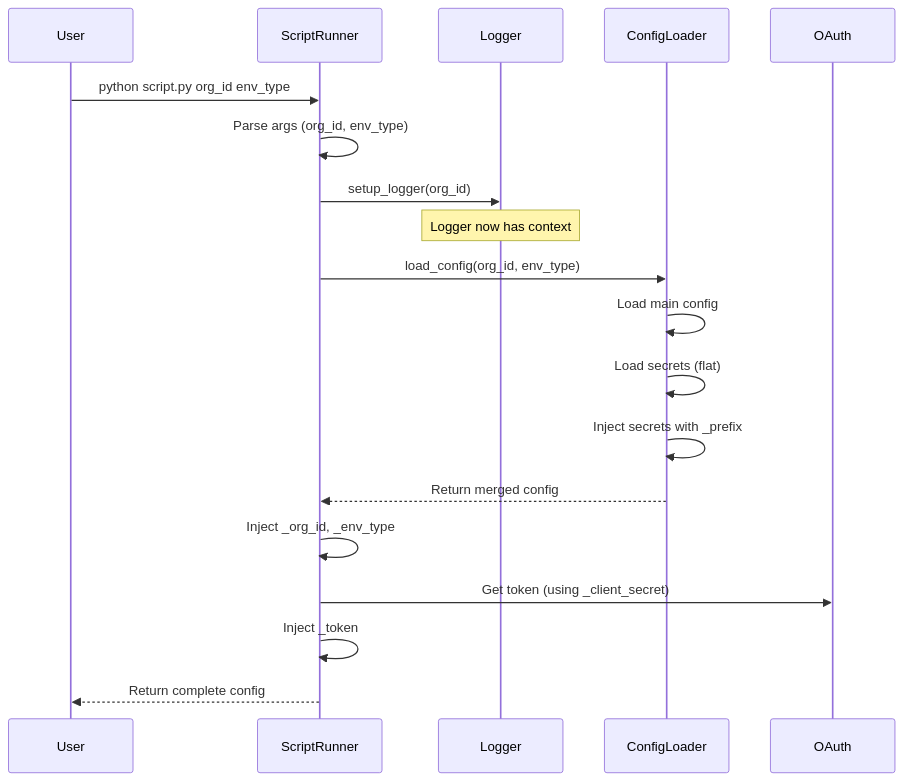
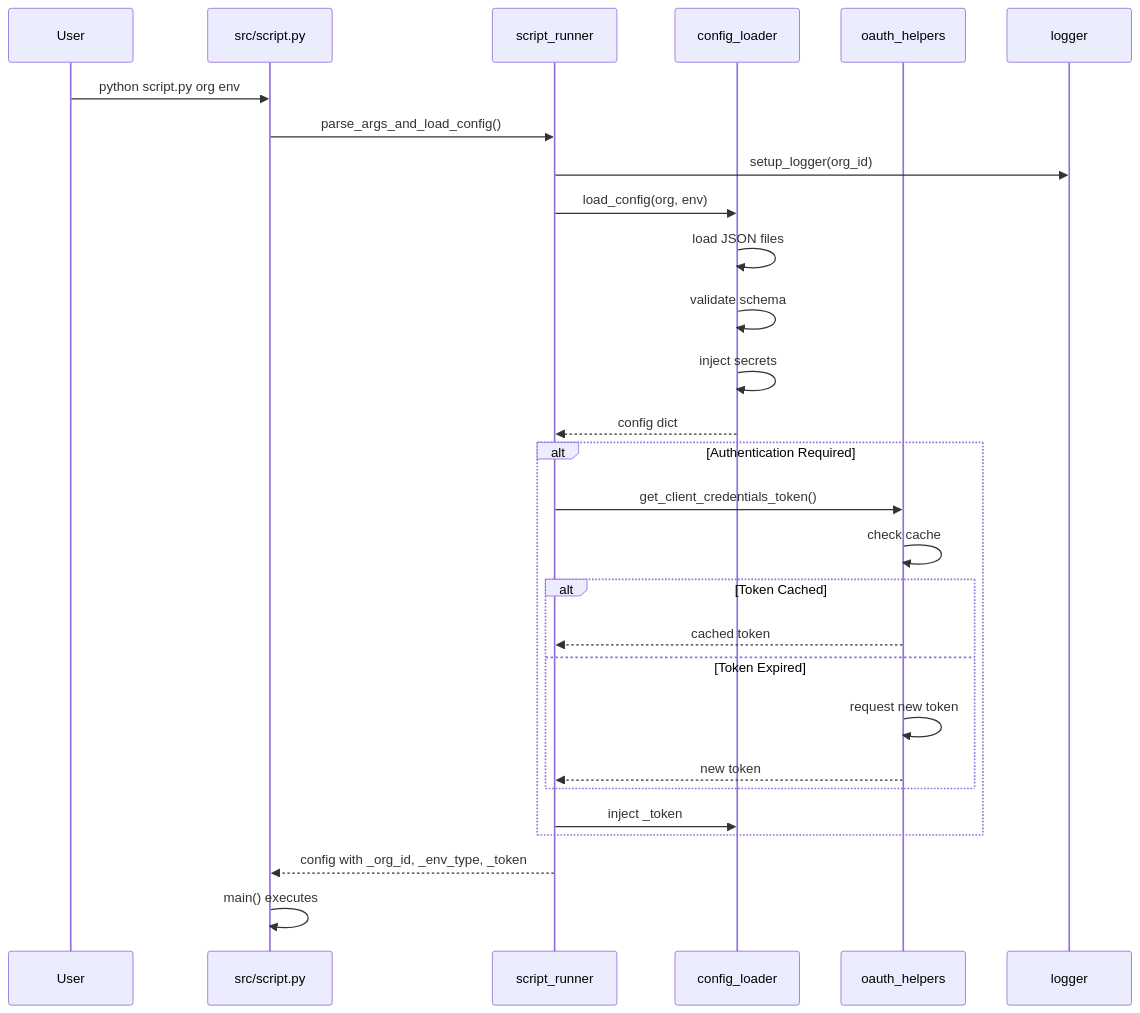
The second of 4 diagrams in module-dependency-diagram.md (tentixo/txo-python-template), drawn with Mermaid before and after one commit. The commit also changed other lines of this file and 15 other files, not shown here.

````diff
--- a/module-dependency-diagram.md
+++ b/module-dependency-diagram.md
@@ -113,22 +127,33 @@
 ```mermaid
 sequenceDiagram
     participant User
-    participant ScriptRunner
-    participant Logger
-    participant ConfigLoader
-    participant OAuth
+    participant Script as src/script.py
+    participant Runner as script_runner
+    participant Config as config_loader
+    participant OAuth as oauth_helpers
+    participant Logger as logger
 
-    User->>ScriptRunner: python script.py org_id env_type
-    ScriptRunner->>ScriptRunner: Parse args (org_id, env_type)
-    ScriptRunner->>Logger: setup_logger(org_id)
-    Note over Logger: Logger now has context
-    ScriptRunner->>ConfigLoader: load_config(org_id, env_type)
-    ConfigLoader->>ConfigLoader: Load main config
-    ConfigLoader->>ConfigLoader: Load secrets (flat)
-    ConfigLoader->>ConfigLoader: Inject secrets with _prefix
-    ConfigLoader-->>ScriptRunner: Return merged config
-    ScriptRunner->>ScriptRunner: Inject _org_id, _env_type
-    ScriptRunner->>OAuth: Get token (using _client_secret)
-    ScriptRunner->>ScriptRunner: Inject _token
-    ScriptRunner-->>User: Return complete config
+    User->>Script: python script.py org env
+    Script->>Runner: parse_args_and_load_config()
+    Runner->>Logger: setup_logger(org_id)
+    Runner->>Config: load_config(org, env)
+    Config->>Config: load JSON files
+    Config->>Config: validate schema
+    Config->>Config: inject secrets
+    Config-->>Runner: config dict
+    
+    alt Authentication Required
+        Runner->>OAuth: get_client_credentials_token()
+        OAuth->>OAuth: check cache
+        alt Token Cached
+            OAuth-->>Runner: cached token
+        else Token Expired
+            OAuth->>OAuth: request new token
+            OAuth-->>Runner: new token
+        end
+        Runner->>Config: inject _token
+    end
+    
+    Runner-->>Script: config with _org_id, _env_type, _token
+    Script->>Script: main() executes
 ```
````
